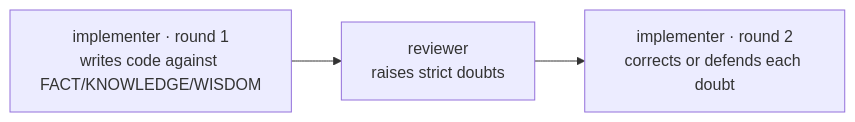
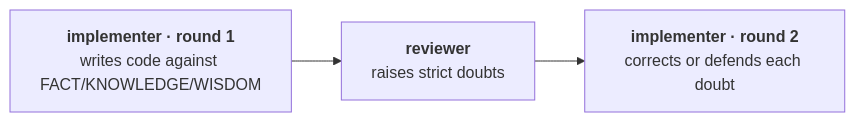
The diagram in README.md (retz8/pastiche), drawn with Mermaid before and after one commit. The commit also changed other lines of this file, not shown here.

````diff
--- a/README.md
+++ b/README.md
@@ -44,7 +44,7 @@
 ```mermaid
 flowchart LR
-    R1["implementer · round 1<br/>writes code against FACT/KNOWLEDGE/WISDOM"]
-    REV["reviewer<br/>raises strict doubts"]
-    R2["implementer · round 2<br/>corrects or defends each doubt"]
+    R1["<strong>implementer · round 1</strong><br/>writes code against FACT/KNOWLEDGE/WISDOM"]
+    REV["<strong>reviewer</strong><br/>raises strict doubts"]
+    R2["<strong>implementer · round 2</strong><br/>corrects or defends each doubt"]
     R1 --> REV --> R2
 ```
````
